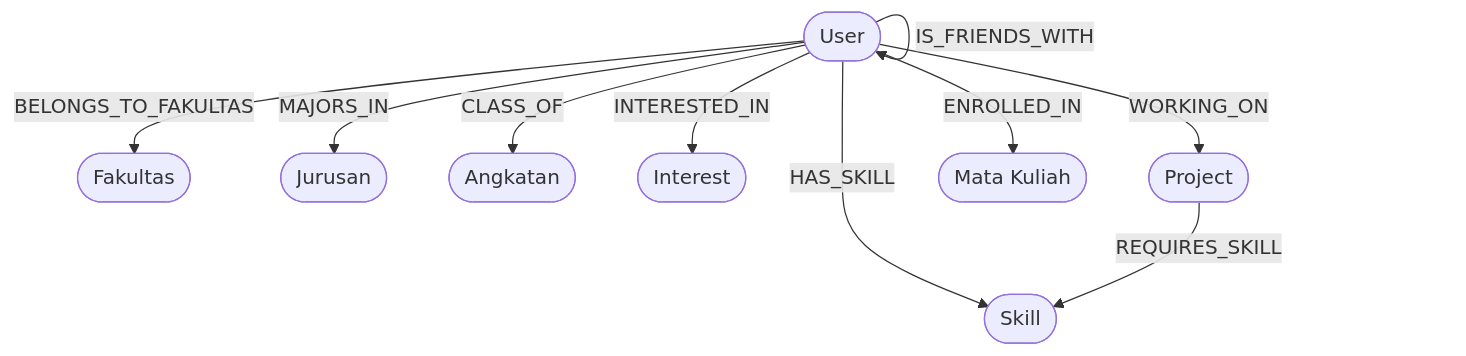
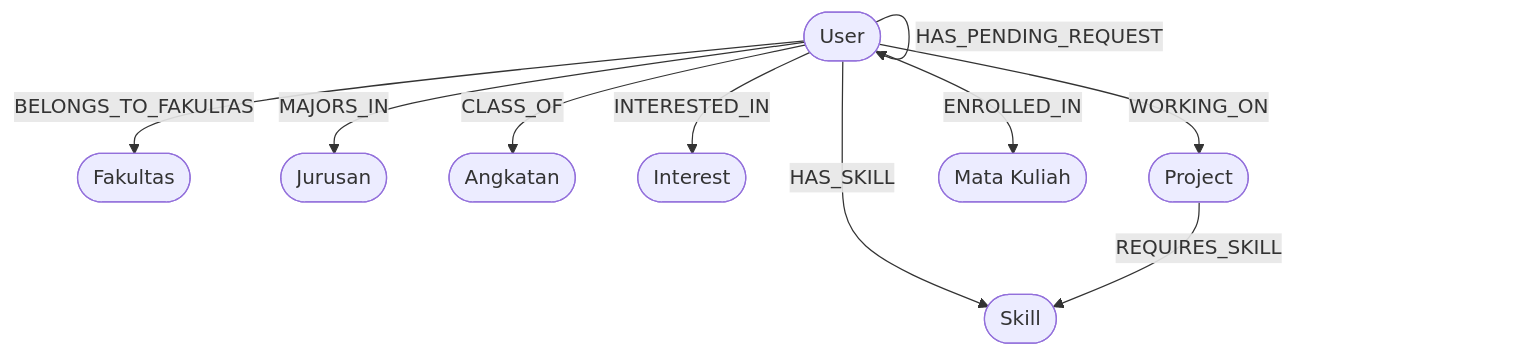
The diagram in README.md (kalldjo/MiniProject_StudyBuddy), drawn with Mermaid before and after one commit. The commit also changed other lines of this file and 17 other files, not shown here.

````diff
--- a/README.md
+++ b/README.md
@@ -34,21 +34,22 @@
 ```mermaid
 graph TD
     User([User])
     Fakultas([Fakultas])
     Jurusan([Jurusan])
     Angkatan([Angkatan])
     Skill([Skill])
     Interest([Interest])
     Project([Project])
     MataKuliah([Mata Kuliah])
 
     User -->|BELONGS_TO_FAKULTAS| Fakultas
     User -->|MAJORS_IN| Jurusan
     User -->|CLASS_OF| Angkatan
     User -->|HAS_SKILL| Skill
     User -->|INTERESTED_IN| Interest
     User -->|WORKING_ON| Project
     Project -->|REQUIRES_SKILL| Skill
     User -->|IS_FRIENDS_WITH| User
+    User -->|HAS_PENDING_REQUEST| User
     User -->|ENROLLED_IN| MataKuliah
 ```
````
